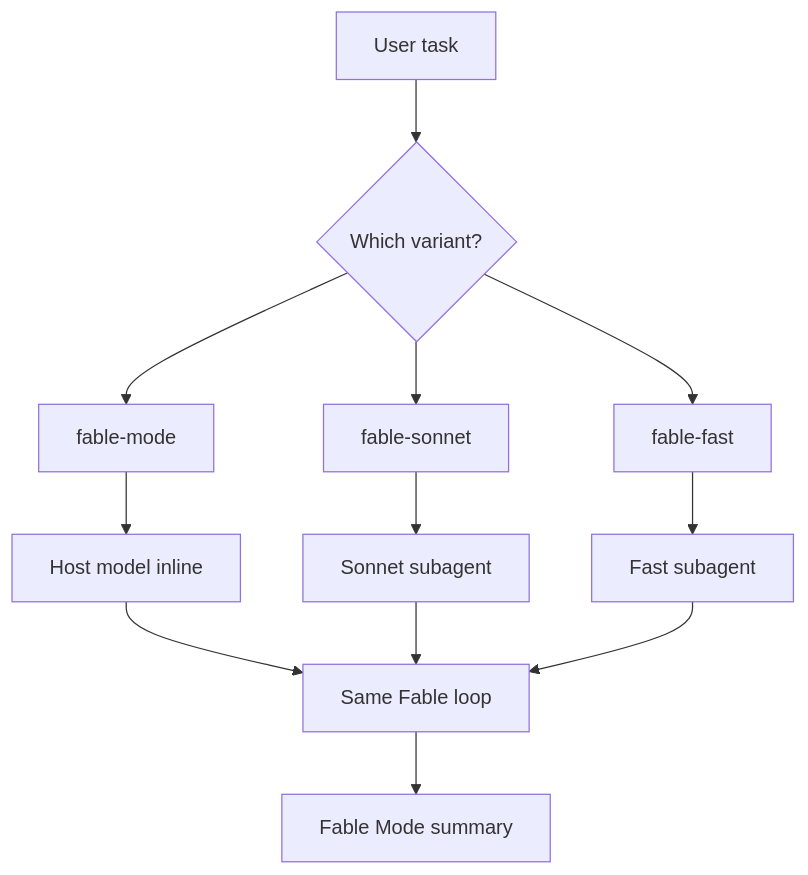
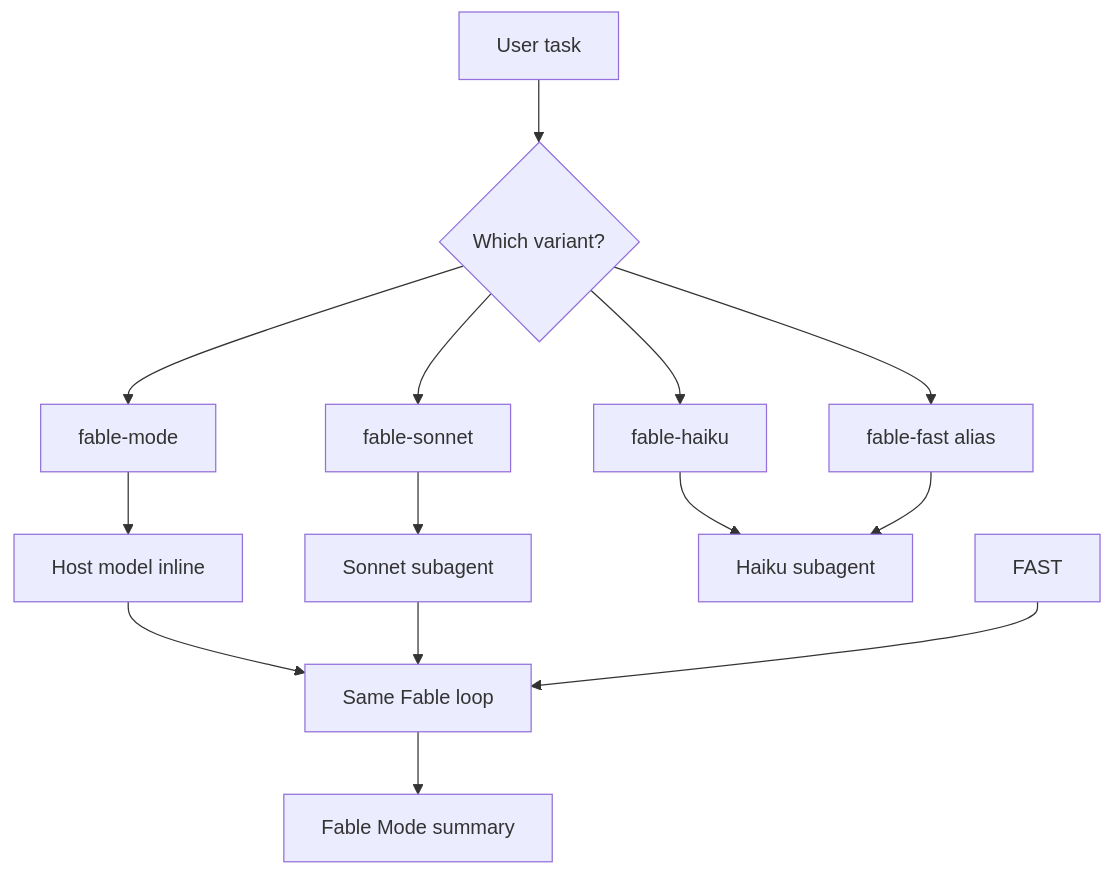
One commit to mahip-kakan/fable-mode changed diagram 12 of 13 in README.md. Above: the diagram before and after it, drawn with Mermaid. The commit also changed other lines of this file and 4 other files, not shown here.

First line of the commit message:
Add fable-haiku variant with full master loop inlined.

````diff
--- a/README.md
+++ b/README.md
@@ -469,18 +491,20 @@
 ```mermaid
 flowchart TB
     USER[User task] --> CHOICE{Which variant?}
 
     CHOICE --> FM[fable-mode]
     CHOICE --> FS[fable-sonnet]
-    CHOICE --> FF[fable-fast]
+    CHOICE --> FH[fable-haiku]
+    CHOICE --> FF[fable-fast alias]
 
     FM --> HOST[Host model inline]
     FS --> SON[Sonnet subagent]
-    FF --> FAST[Fast subagent]
+    FH --> HAI[Haiku subagent]
+    FF --> HAI
 
     HOST --> LOOP[Same Fable loop]
     SON --> LOOP
     FAST --> LOOP
 
     LOOP --> SUMMARY[Fable Mode summary]
 ```
````
